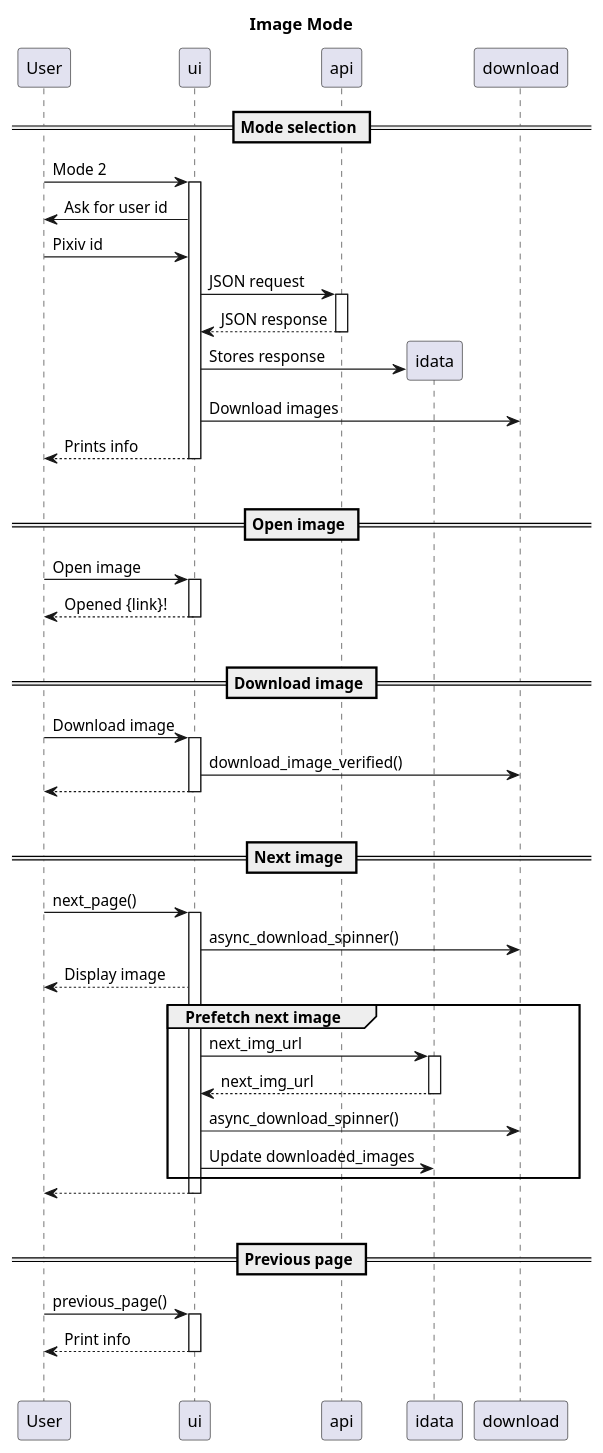
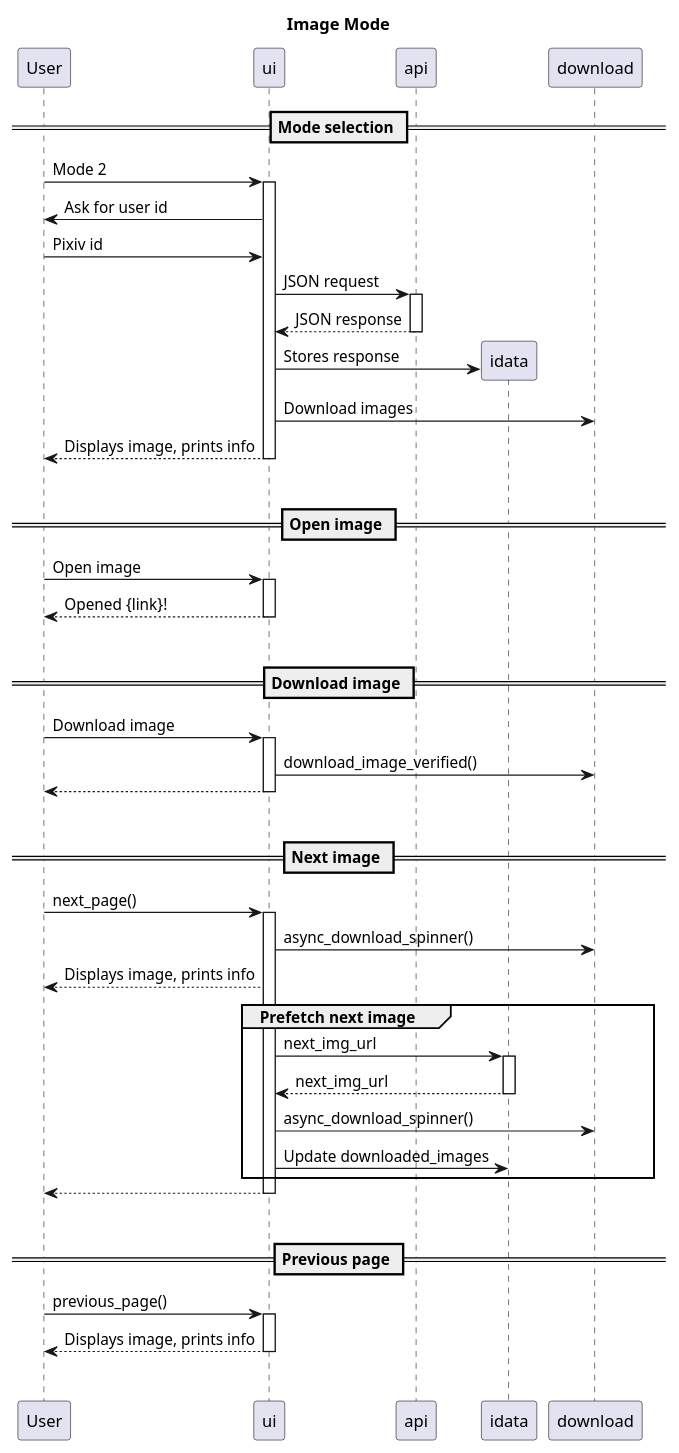
The diagram in puml/image.puml (akazukin5151/koneko-old), drawn with PlantUML before and after one commit. The commit also changed 3 other files, not shown here.

Commit message:
Improved ui uml diagrams

```diff
--- a/puml/image.puml
+++ b/puml/image.puml
@@ -1,45 +1,45 @@
 @startuml
 title Image Mode
 
 == Mode selection ==
 User -> ui ++: Mode 2
 ui -> User: Ask for user id
 User -> ui: Pixiv id
 ui -> api ++: JSON request
 return JSON response
 create idata
 ui -> idata: Stores response
 ui -> download: Download images
-return Prints info
+return Displays image, prints info
 |||
 
 == Open image ==
 User -> ui ++: Open image
 return Opened {link}!
 |||
 
 == Download image ==
 User -> ui ++: Download image
 ui -> download: download_image_verified()
 return
 |||
 
 == Next image ==
 User -> ui ++: next_page()
 ui -> download: async_download_spinner()
-ui --> User: Display image
+ui --> User: Displays image, prints info
 group Prefetch next image
     ui -> idata ++: next_img_url
     return next_img_url
     ui -> download: async_download_spinner()
     ui -> idata: Update downloaded_images
 end
 return
 |||
 
 == Previous page ==
 User -> ui ++: previous_page()
-return Print info
+return Displays image, prints info
 |||
 
 @enduml
```
